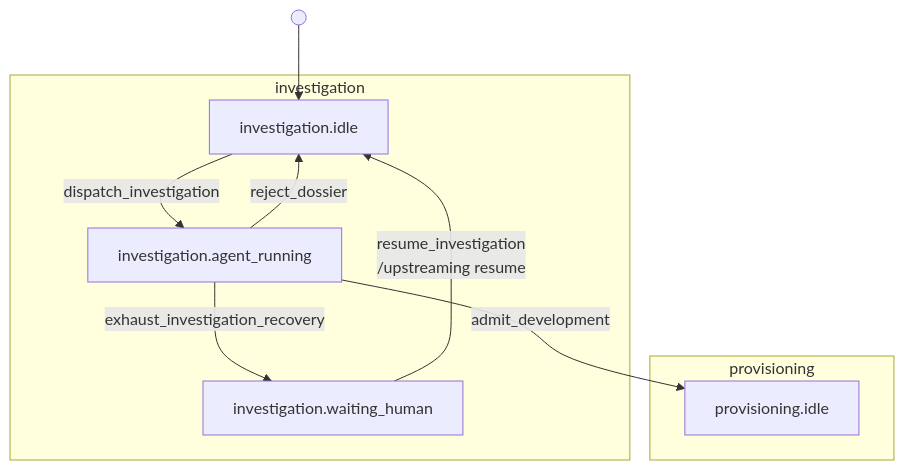
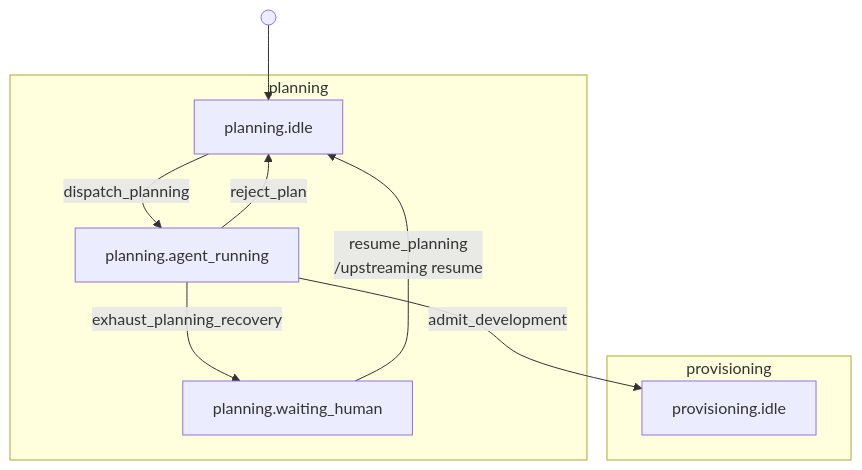
The third of 30 diagrams in docs/state-machine/index.md (riseproject-dev/porting-agent), drawn with Mermaid before and after one commit. The commit also changed other lines of this file and 132 other files, not shown here.

First line of the commit message:
Rename the dossier to the plan and the investigation to planning

````diff
--- a/docs/state-machine/index.md
+++ b/docs/state-machine/index.md
@@ -196,18 +196,18 @@
 ```mermaid
 flowchart TB
-    subgraph investigation["investigation"]
-        investigation_idle["investigation.idle"]
-        investigation_agent_running["investigation.agent_running"]
-        investigation_waiting_human["investigation.waiting_human"]
+    subgraph planning["planning"]
+        planning_idle["planning.idle"]
+        planning_agent_running["planning.agent_running"]
+        planning_waiting_human["planning.waiting_human"]
     end
     subgraph provisioning["provisioning"]
         provisioning_idle["provisioning.idle"]
     end
 
-    start_1(( )) --> investigation_idle
-    investigation_idle -->|dispatch_investigation| investigation_agent_running
-    investigation_agent_running -->|reject_dossier| investigation_idle
-    investigation_agent_running -->|exhaust_investigation_recovery| investigation_waiting_human
-    investigation_waiting_human -->|resume_investigation<br/>/upstreaming resume| investigation_idle
-    investigation_agent_running -->|admit_development| provisioning_idle
+    start_1(( )) --> planning_idle
+    planning_idle -->|dispatch_planning| planning_agent_running
+    planning_agent_running -->|reject_plan| planning_idle
+    planning_agent_running -->|exhaust_planning_recovery| planning_waiting_human
+    planning_waiting_human -->|resume_planning<br/>/upstreaming resume| planning_idle
+    planning_agent_running -->|admit_development| provisioning_idle
 ```
````
